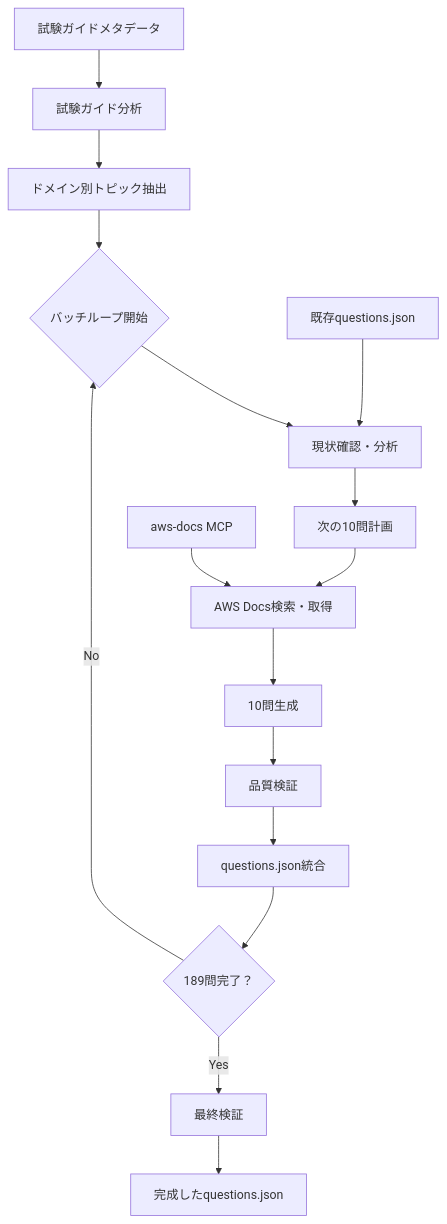
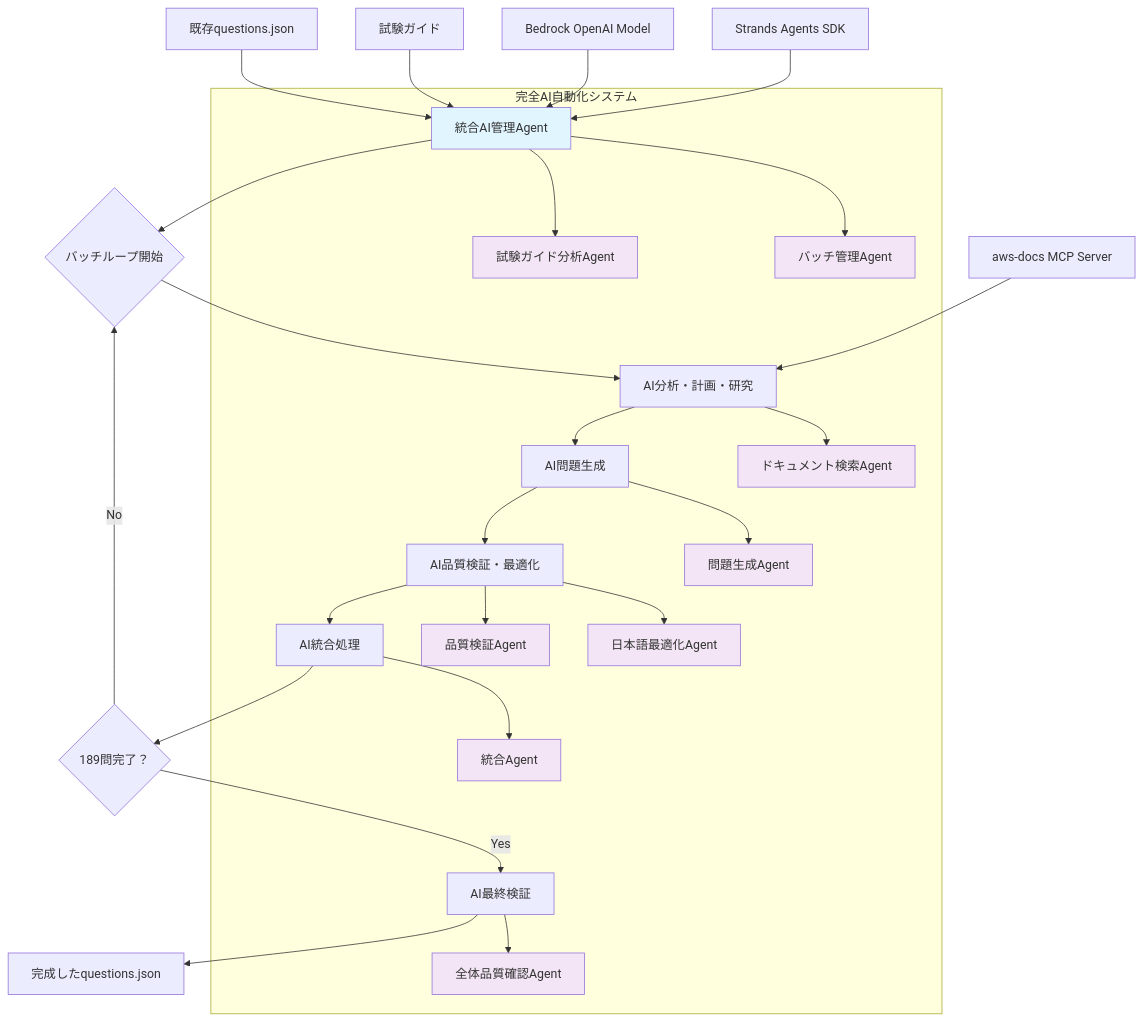
One commit to moritalous/aws-cloudops-quiz-app changed the diagram in .kiro/specs/question-generation/design.md. Above: the diagram before and after it, drawn with Mermaid. The commit also changed other lines of this file and 6 other files, not shown here.

````diff
--- a/.kiro/specs/question-generation/design.md
+++ b/.kiro/specs/question-generation/design.md
@@ -11,19 +11,39 @@
 ```mermaid
 graph TB
-    A[試験ガイド分析] --> B[ドメイン別トピック抽出]
-    B --> C{バッチループ開始}
-    C --> D[現状確認・分析]
-    D --> E[次の10問計画]
-    E --> F[AWS Docs検索・取得]
-    F --> G[10問生成]
-    G --> H[品質検証]
-    H --> I[questions.json統合]
-    I --> J{189問完了？}
-    J -->|No| C
-    J -->|Yes| K[最終検証]
-    K --> L[完成したquestions.json]
+    A[統合AI管理Agent] --> B{バッチループ開始}
+    B --> C[AI分析・計画・研究]
+    C --> D[AI問題生成]
+    D --> E[AI品質検証・最適化]
+    E --> F[AI統合処理]
+    F --> G{189問完了？}
+    G -->|No| B
+    G -->|Yes| H[AI最終検証]
+    H --> I[完成したquestions.json]
     
-    M[aws-docs MCP] --> F
-    N[既存questions.json] --> D
-    O[試験ガイドメタデータ] --> A
+    J[aws-docs MCP Server] --> C
+    K[既存questions.json] --> A
+    L[試験ガイド] --> A
+    M[Bedrock OpenAI Model] --> A
+    N[Strands Agents SDK] --> A
+    
+    subgraph "完全AI自動化システム"
+        A --> A1[試験ガイド分析Agent]
+        A --> A2[バッチ管理Agent]
+        C --> C1[ドキュメント検索Agent]
+        D --> D1[問題生成Agent]
+        E --> E1[品質検証Agent]
+        E --> E2[日本語最適化Agent]
+        F --> F1[統合Agent]
+        H --> H1[全体品質確認Agent]
+    end
+    
+    style A fill:#e1f5fe
+    style A1 fill:#f3e5f5
+    style A2 fill:#f3e5f5
+    style C1 fill:#f3e5f5
+    style D1 fill:#f3e5f5
+    style E1 fill:#f3e5f5
+    style E2 fill:#f3e5f5
+    style F1 fill:#f3e5f5
+    style H1 fill:#f3e5f5
 ```
````
